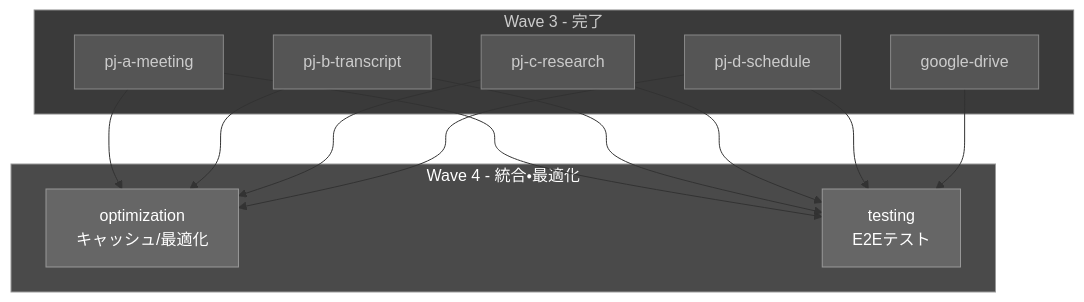
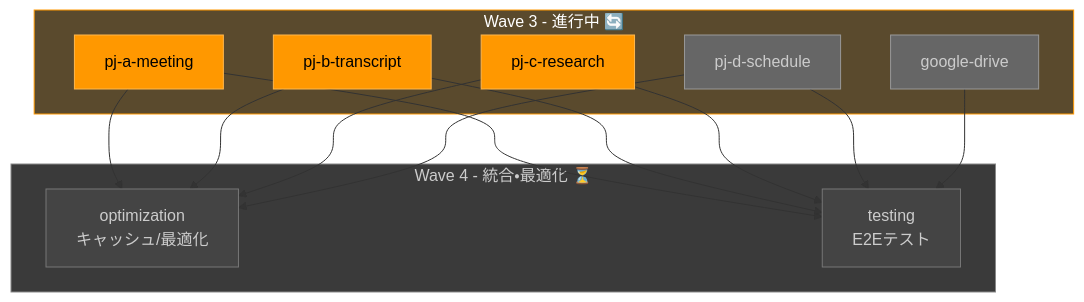
The fourth of 5 diagrams in docs/initial_dev/agent-swarm-guide.md (langcore-org/united-productions-web), drawn with Mermaid before and after one commit. The commit also changed other lines of this file and 31 other files, not shown here.

````diff
--- a/docs/initial_dev/agent-swarm-guide.md
+++ b/docs/initial_dev/agent-swarm-guide.md
@@ -181,35 +213,35 @@
 ```mermaid
 flowchart TD
-    subgraph Wave3["Wave 3 - 完了"]
+    subgraph Wave3["Wave 3 - 進行中 🔄"]
         I[pj-a-meeting]
         J[pj-b-transcript]
         K[pj-c-research]
         L[pj-d-schedule]
         M[google-drive]
     end
     
-    subgraph Wave4["Wave 4 - 統合・最適化"]
+    subgraph Wave4["Wave 4 - 統合・最適化 ⏳"]
         N[optimization<br/>キャッシュ/最適化]
         O[testing<br/>E2Eテスト]
     end
     
     I --> N
     J --> N
     K --> N
     L --> N
     I --> O
     J --> O
     K --> O
     L --> O
     M --> O
     
-    style Wave3 fill:#3a3a3a,stroke:#888,color:#ccc
-    style Wave4 fill:#4a4a4a,stroke:#999,color:#fff
-    style I fill:#555,stroke:#888,color:#ccc
-    style J fill:#555,stroke:#888,color:#ccc
-    style K fill:#555,stroke:#888,color:#ccc
-    style L fill:#555,stroke:#888,color:#ccc
-    style M fill:#555,stroke:#888,color:#ccc
-    style N fill:#666,stroke:#999,color:#fff
-    style O fill:#666,stroke:#999,color:#fff
+    style Wave3 fill:#5a4a2d,stroke:#ff9800,color:#fff
+    style Wave4 fill:#3a3a3a,stroke:#888,color:#ccc
+    style I fill:#ff9800,stroke:#ffb74d,color:#000
+    style J fill:#ff9800,stroke:#ffb74d,color:#000
+    style K fill:#ff9800,stroke:#ffb74d,color:#000
+    style L fill:#666,stroke:#999,color:#ccc
+    style M fill:#666,stroke:#999,color:#ccc
+    style N fill:#444,stroke:#777,color:#ccc
+    style O fill:#444,stroke:#777,color:#ccc
 ```
````
